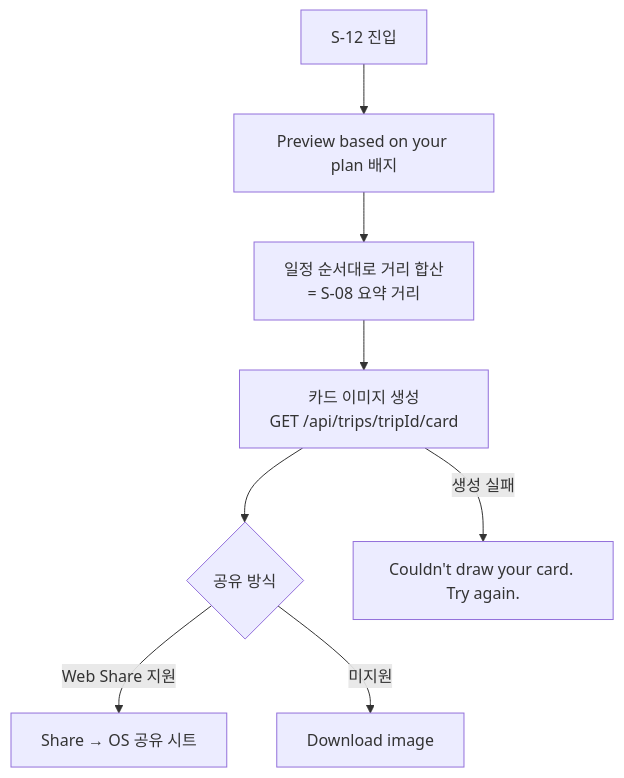
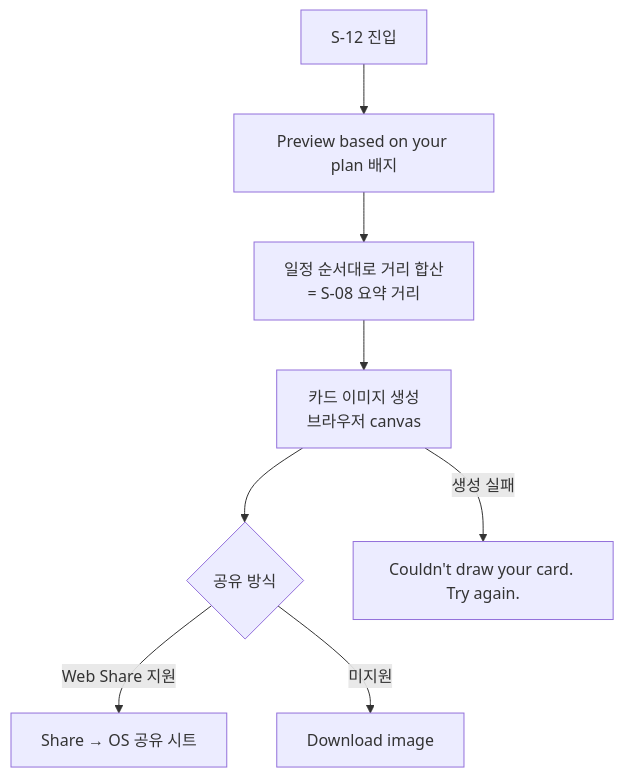
Before and after one commit to tlstkdgus/ULTSPOT: the eighth of 11 diagrams in docs/specs/user-flow.md, drawn with Mermaid. The commit also changed other lines of this file and 2 other files, not shown here.

First line of the commit message:
docs(specs): 매니패스트 기획과 어긋난 9건 결정 — 브라우저 저장, 샘플 이벤트, 이동 시간

````diff
--- a/docs/specs/user-flow.md
+++ b/docs/specs/user-flow.md
@@ -307,10 +306,10 @@
 ```mermaid
 flowchart TD
     A[S-12 진입] --> B[Preview based on your plan 배지]
     B --> C[일정 순서대로 거리 합산<br/>= S-08 요약 거리]
-    C --> D[카드 이미지 생성<br/>GET /api/trips/tripId/card]
+    C --> D[카드 이미지 생성<br/>브라우저 canvas]
     D --> E{공유 방식}
     E -- Web Share 지원 --> F[Share → OS 공유 시트]
     E -- 미지원 --> G[Download image]
     D -- 생성 실패 --> H[Couldn't draw your card. Try again.]
 ```
````
